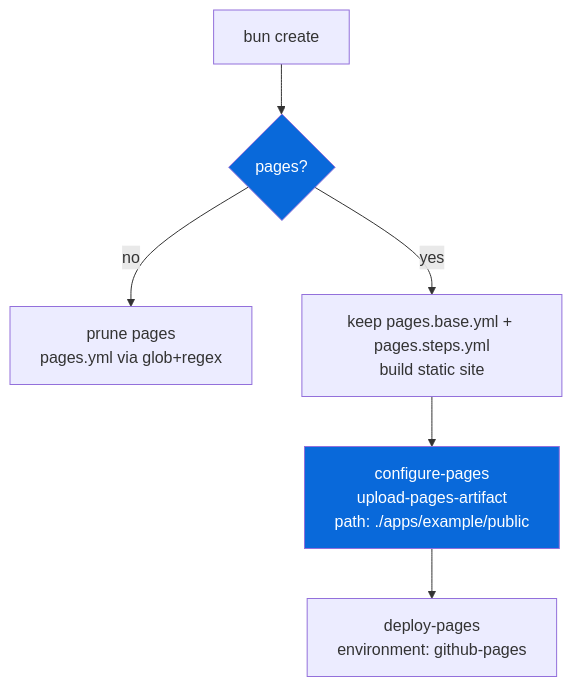
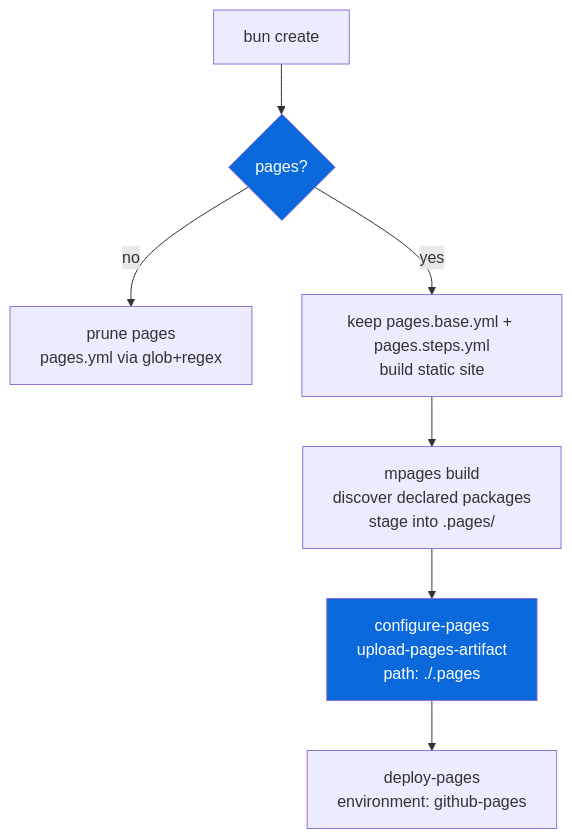
One commit to Archont561/ts-monorepo-template changed the diagram in configs/pages/README.md. Above: the diagram before and after it, drawn with Mermaid. The commit also changed other lines of this file and 15 other files, not shown here.

First line of the commit message:
feat(config): discover Pages targets from package.json instead of hardcoding

````diff
--- a/configs/pages/README.md
+++ b/configs/pages/README.md
@@ -25,11 +25,12 @@
 ```mermaid
 graph TD
     A[bun create] --> B{pages?}
     B -->|no| C["prune pages<br/>pages.yml via glob+regex"]
     B -->|yes| D["keep pages.base.yml + pages.steps.yml<br/>build static site"]
-    D --> E["configure-pages<br/>upload-pages-artifact<br/>path: ./apps/example/public"]
+    D --> D2["mpages build<br/>discover declared packages<br/>stage into .pages/"]
+    D2 --> E["configure-pages<br/>upload-pages-artifact<br/>path: ./.pages"]
     E --> F["deploy-pages<br/>environment: github-pages"]
 
     style B fill:#0969DA,color:#fff
     style E fill:#0969DA,color:#fff
 ```
````
